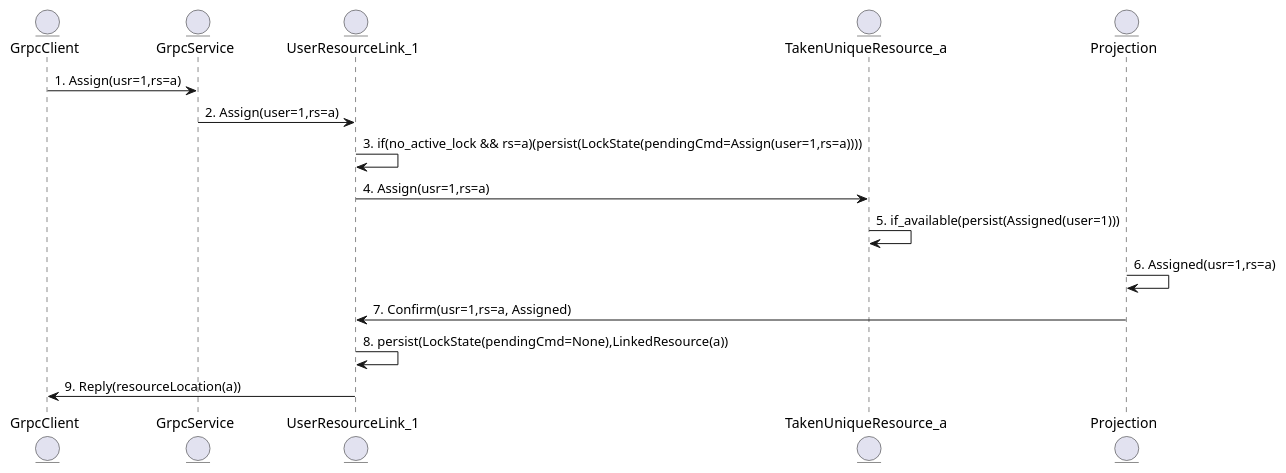
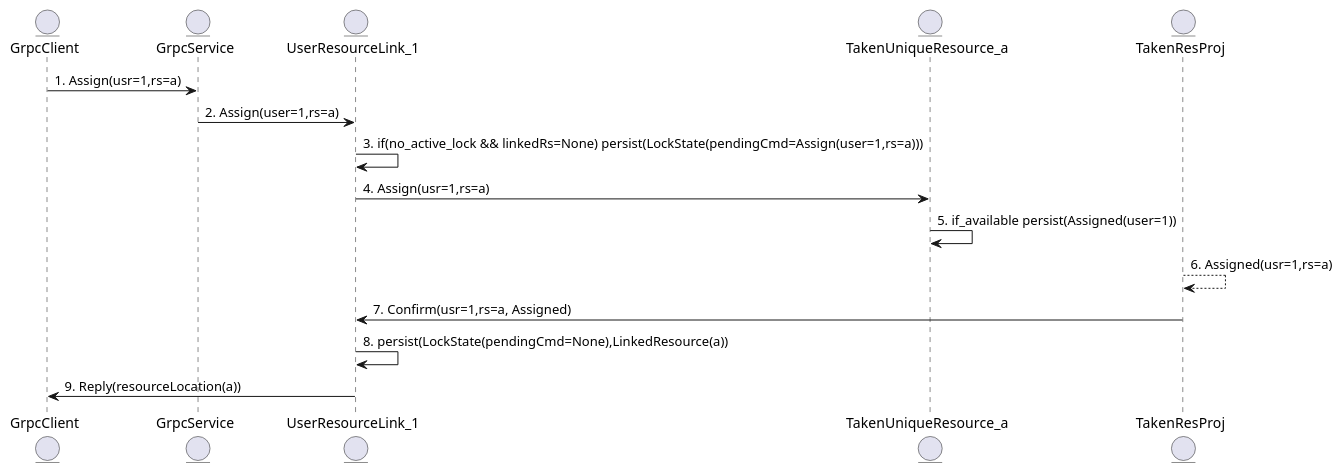
One commit to haghard/unique-resource-management changed the first of 3 diagrams in diagrams.md. Above: the diagram before and after it, drawn with PlantUML. The commit also changed other lines of this file and 2 other files, not shown here.

Commit message:
More diagrams

````diff
--- a/diagrams.md
+++ b/diagrams.md
@@ -6,25 +6,25 @@
 ```plantuml
 @startuml
 
 entity GrpcClient
 
 entity GrpcService
 
 entity UserResourceLink_1
 
 entity TakenUniqueResource_a
 
-entity Projection
+entity TakenResProj
 
 GrpcClient -> GrpcService:1. Assign(usr=1,rs=a)
 GrpcService -> UserResourceLink_1:2. Assign(user=1,rs=a)
-UserResourceLink_1 -> UserResourceLink_1:3. if(no_active_lock && rs=a)(persist(LockState(pendingCmd=Assign(user=1,rs=a)))) 
+UserResourceLink_1 -> UserResourceLink_1:3. if(no_active_lock && linkedRs=None) persist(LockState(pendingCmd=Assign(user=1,rs=a))) 
 UserResourceLink_1 -> TakenUniqueResource_a:4. Assign(usr=1,rs=a)
-TakenUniqueResource_a -> TakenUniqueResource_a:5. if_available(persist(Assigned(user=1)))  
-Projection -> Projection:6. Assigned(usr=1,rs=a)
-Projection -> UserResourceLink_1:7. Confirm(usr=1,rs=a, Assigned)
+TakenUniqueResource_a -> TakenUniqueResource_a:5. if_available persist(Assigned(user=1))  
+TakenResProj --> TakenResProj:6. Assigned(usr=1,rs=a)
+TakenResProj -> UserResourceLink_1:7. Confirm(usr=1,rs=a, Assigned)
 UserResourceLink_1 -> UserResourceLink_1:8. persist(LockState(pendingCmd=None),LinkedResource(a))
 UserResourceLink_1 -> GrpcClient:9. Reply(resourceLocation(a))  
 
 @enduml
 ```
````
